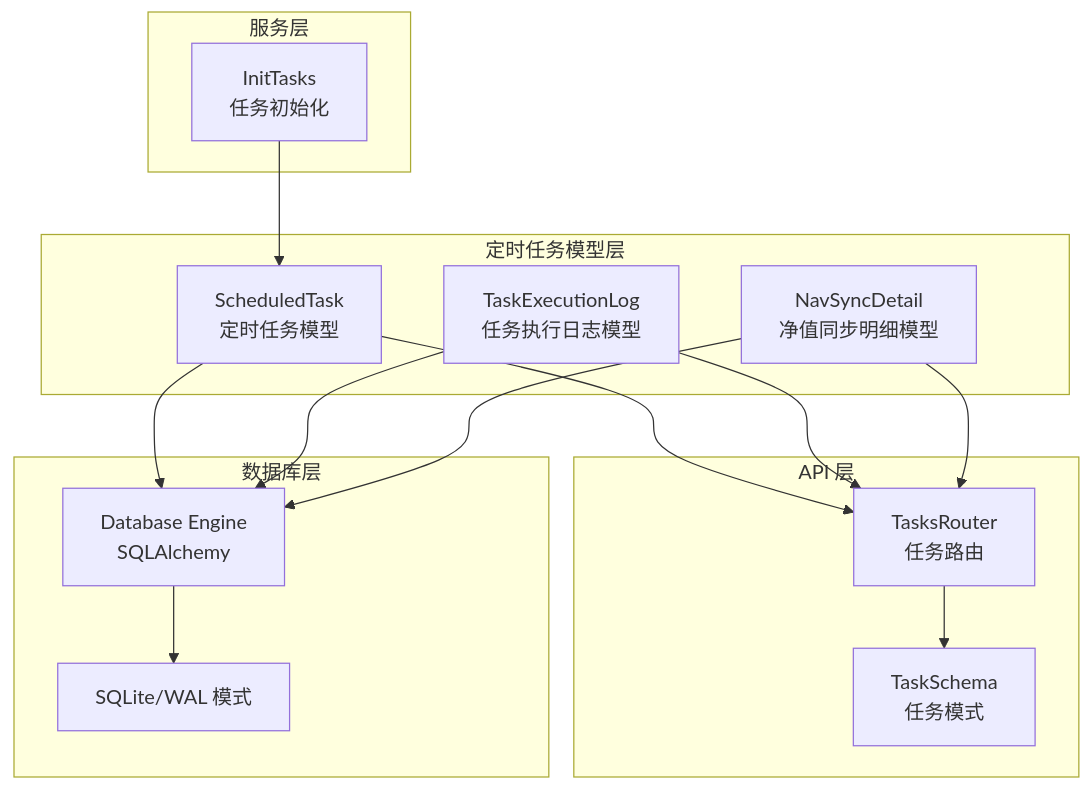
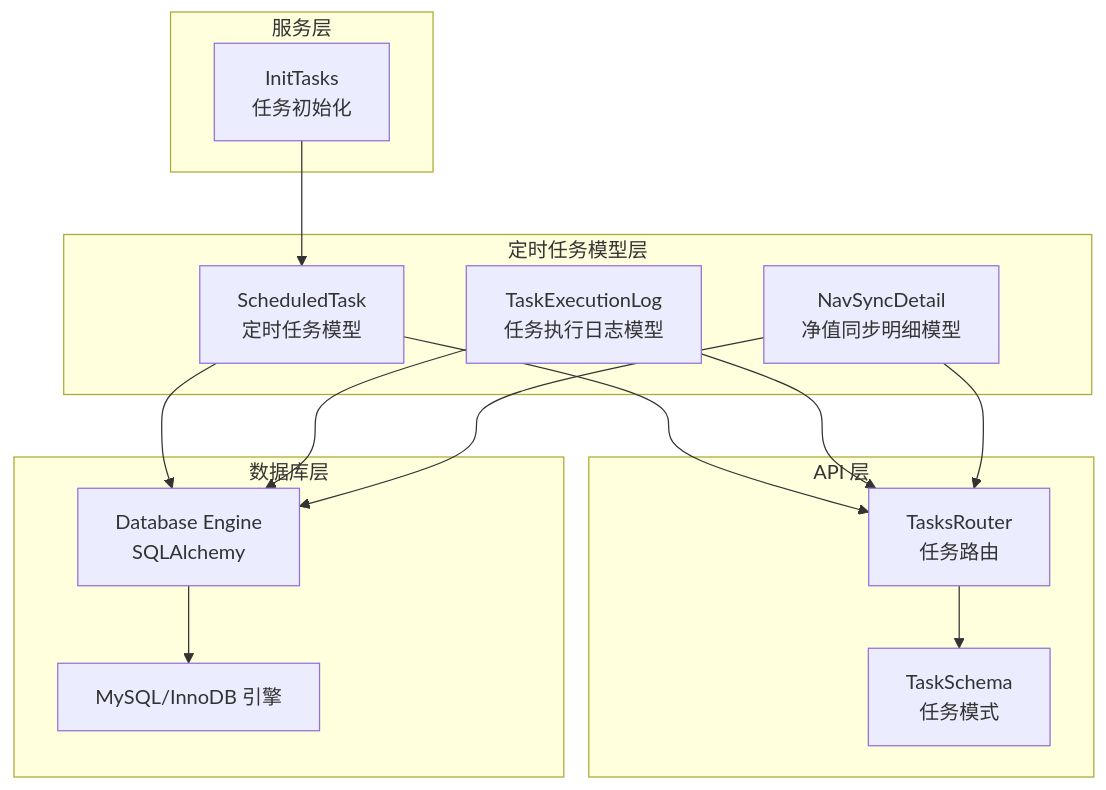
The first of 4 diagrams in .qoder/repowiki/zh/content/任务调度系统/定时任务模型.md (gujialind/InvestRing), drawn with Mermaid before and after one commit. The commit also changed 42 other files, not shown here.

````diff
--- a/.qoder/repowiki/zh/content/任务调度系统/定时任务模型.md
+++ b/.qoder/repowiki/zh/content/任务调度系统/定时任务模型.md
@@ -40,28 +40,28 @@
 ```mermaid
 graph TB
 subgraph "定时任务模型层"
 ST[ScheduledTask<br/>定时任务模型]
 TEL[TaskExecutionLog<br/>任务执行日志模型]
 NSD[NavSyncDetail<br/>净值同步明细模型]
 end
 subgraph "API 层"
 TR[TasksRouter<br/>任务路由]
 TS[TaskSchema<br/>任务模式]
 end
 subgraph "服务层"
 IT[InitTasks<br/>任务初始化]
 end
 subgraph "数据库层"
 DB[Database Engine<br/>SQLAlchemy]
-SQL[SQLite/WAL 模式]
+SQL[MySQL/InnoDB 引擎]
 end
 ST --> TR
 TEL --> TR
 NSD --> TR
 TR --> TS
 IT --> ST
 ST --> DB
 TEL --> DB
 NSD --> DB
 DB --> SQL
 ```
````
